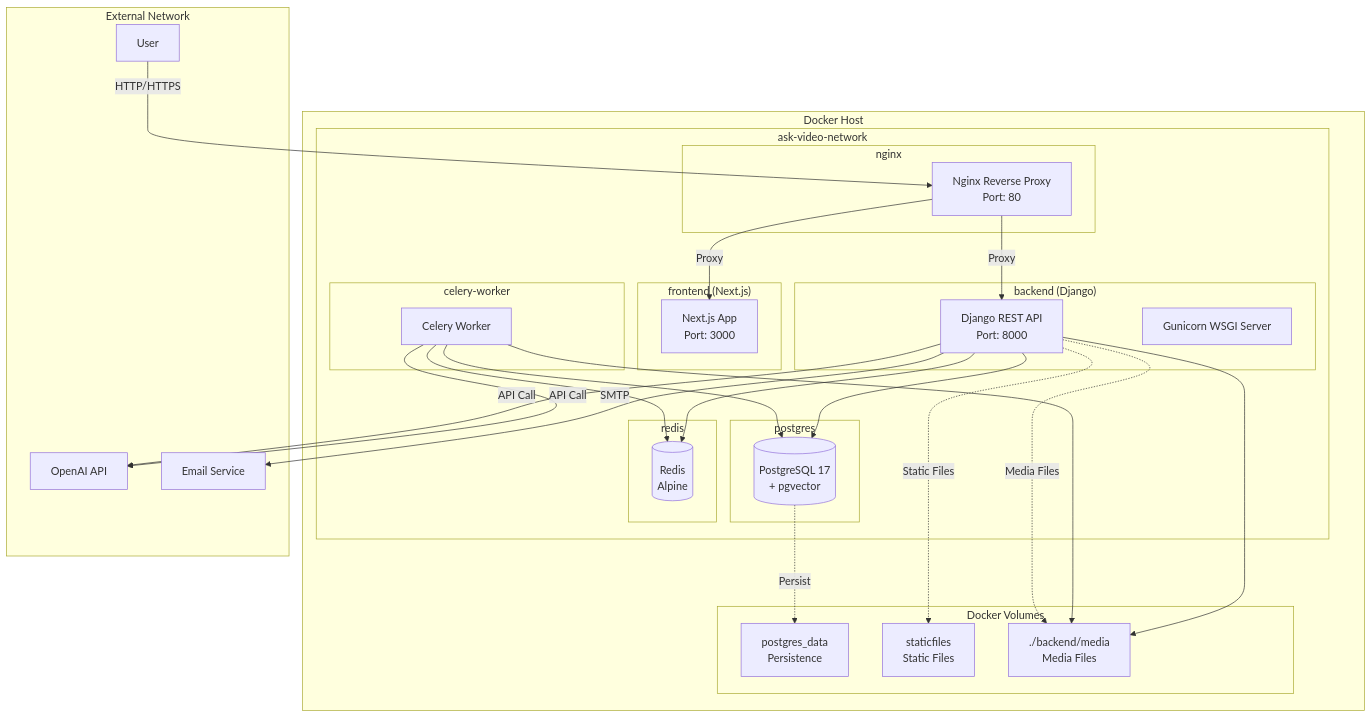
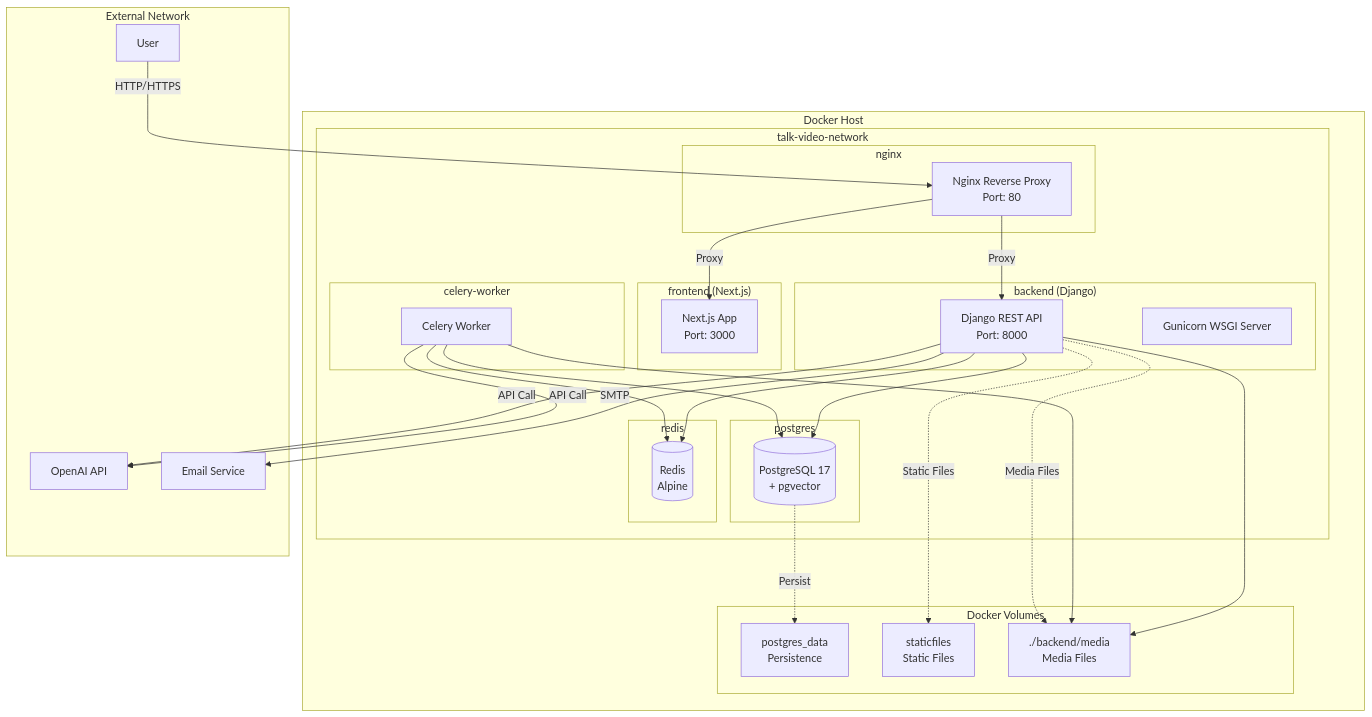
The first of 7 diagrams in docs/design/deployment-diagram.md (yukiharada1228/videoq), drawn with Mermaid before and after one commit. The commit also changed other lines of this file and 49 other files, not shown here.

First line of the commit message:
Rename ask-video to talk-video

````diff
--- a/docs/design/deployment-diagram.md
+++ b/docs/design/deployment-diagram.md
@@ -9,60 +9,60 @@
 ```mermaid
 graph TB
     subgraph DockerHost["Docker Host"]
-        subgraph Network["ask-video-network"]
+        subgraph Network["talk-video-network"]
             subgraph FrontendContainer["frontend (Next.js)"]
                 NextJS[Next.js App<br/>Port: 3000]
             end
             
             subgraph BackendContainer["backend (Django)"]
                 Django[Django REST API<br/>Port: 8000]
                 Gunicorn[Gunicorn WSGI Server]
             end
             
             subgraph CeleryContainer["celery-worker"]
                 CeleryWorker[Celery Worker]
             end
             
             subgraph NginxContainer["nginx"]
                 Nginx[Nginx Reverse Proxy<br/>Port: 80]
             end
             
             subgraph PostgresContainer["postgres"]
                 PostgreSQL[(PostgreSQL 17<br/>+ pgvector)]
             end
             
             subgraph RedisContainer["redis"]
                 Redis[(Redis<br/>Alpine)]
             end
         end
         
         subgraph Volumes["Docker Volumes"]
             PostgresData[postgres_data<br/>Persistence]
             StaticFiles[staticfiles<br/>Static Files]
             MediaFiles[./backend/media<br/>Media Files]
         end
     end
     
     subgraph External["External Network"]
         User[User]
         OpenAI[OpenAI API]
         EmailService[Email Service]
     end
     
     User -->|HTTP/HTTPS| Nginx
     Nginx -->|Proxy| NextJS
     Nginx -->|Proxy| Django
     Django --> PostgreSQL
     Django --> Redis
     Django --> MediaFiles
     CeleryWorker --> Redis
     CeleryWorker --> PostgreSQL
     CeleryWorker --> MediaFiles
     CeleryWorker -->|API Call| OpenAI
     Django -->|API Call| OpenAI
     Django -->|SMTP| EmailService
     
     PostgreSQL -.->|Persist| PostgresData
     Django -.->|Static Files| StaticFiles
     Django -.->|Media Files| MediaFiles
 ```
````
